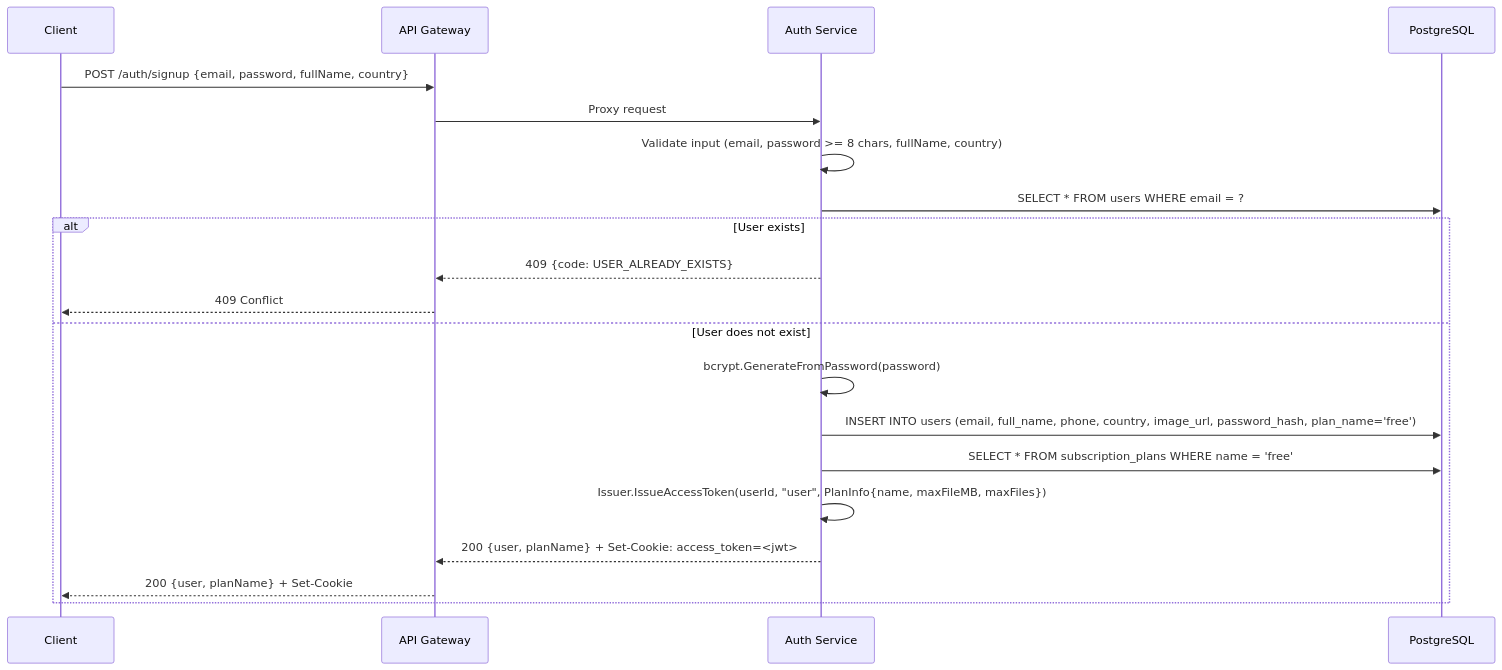
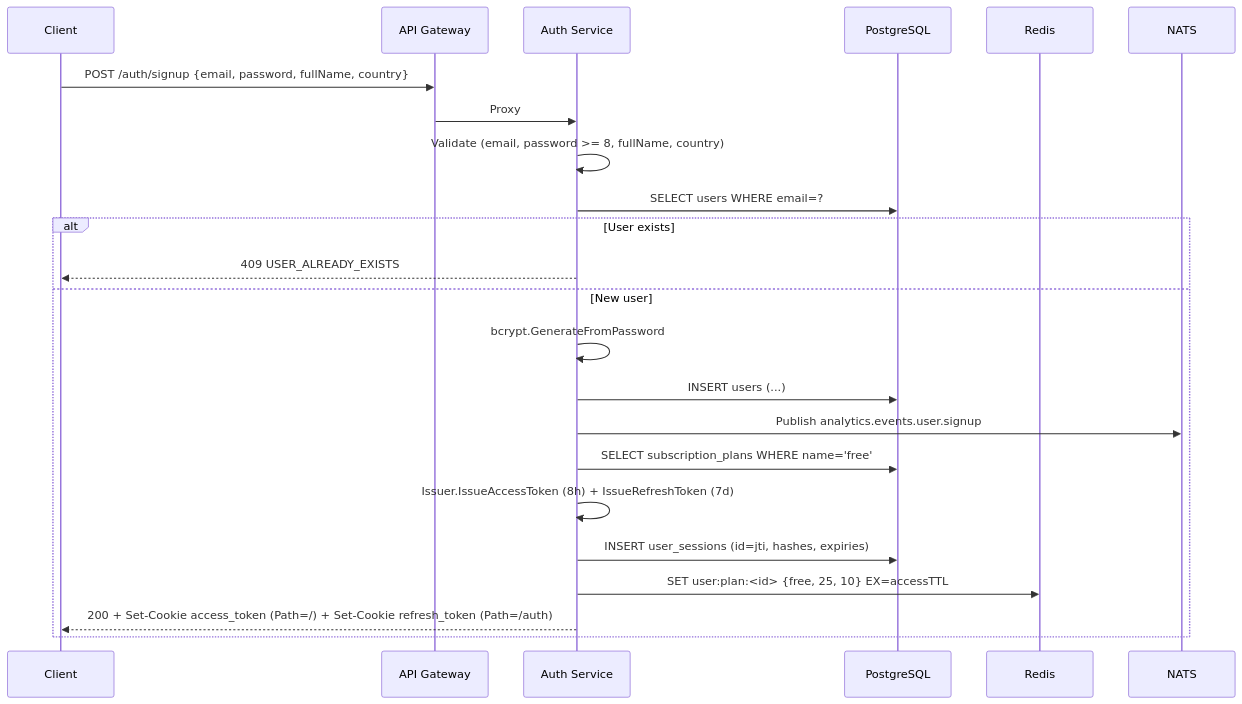
The first of 6 diagrams in docs/developer/services/AUTH_SERVICE.md (Prachidubey2003/fyredocs_backend), drawn with Mermaid before and after one commit. The commit also changed other lines of this file and 39 other files, not shown here.

````diff
--- a/docs/developer/services/AUTH_SERVICE.md
+++ b/docs/developer/services/AUTH_SERVICE.md
@@ -167,24 +201,26 @@
 ```mermaid
 sequenceDiagram
     participant C as Client
     participant GW as API Gateway
     participant AS as Auth Service
     participant DB as PostgreSQL
+    participant R as Redis
+    participant NATS as NATS
 
     C->>GW: POST /auth/signup {email, password, fullName, country}
-    GW->>AS: Proxy request
-
-    AS->>AS: Validate input (email, password >= 8 chars, fullName, country)
-    AS->>DB: SELECT * FROM users WHERE email = ?
+    GW->>AS: Proxy
+    AS->>AS: Validate (email, password >= 8, fullName, country)
+    AS->>DB: SELECT users WHERE email=?
     alt User exists
-        AS-->>GW: 409 {code: USER_ALREADY_EXISTS}
-        GW-->>C: 409 Conflict
-    else User does not exist
-        AS->>AS: bcrypt.GenerateFromPassword(password)
-        AS->>DB: INSERT INTO users (email, full_name, phone, country, image_url, password_hash, plan_name='free')
-        AS->>DB: SELECT * FROM subscription_plans WHERE name = 'free'
-        AS->>AS: Issuer.IssueAccessToken(userId, "user", PlanInfo{name, maxFileMB, maxFiles})
-        AS-->>GW: 200 {user, planName} + Set-Cookie: access_token=<jwt>
-        GW-->>C: 200 {user, planName} + Set-Cookie
+        AS-->>C: 409 USER_ALREADY_EXISTS
+    else New user
+        AS->>AS: bcrypt.GenerateFromPassword
+        AS->>DB: INSERT users (...)
+        AS->>NATS: Publish analytics.events.user.signup
+        AS->>DB: SELECT subscription_plans WHERE name='free'
+        AS->>AS: Issuer.IssueAccessToken (8h) + IssueRefreshToken (7d)
+        AS->>DB: INSERT user_sessions (id=jti, hashes, expiries)
+        AS->>R: SET user:plan:<id> {free, 25, 10} EX=accessTTL
+        AS-->>C: 200 + Set-Cookie access_token (Path=/) + Set-Cookie refresh_token (Path=/auth)
     end
 ```
````
